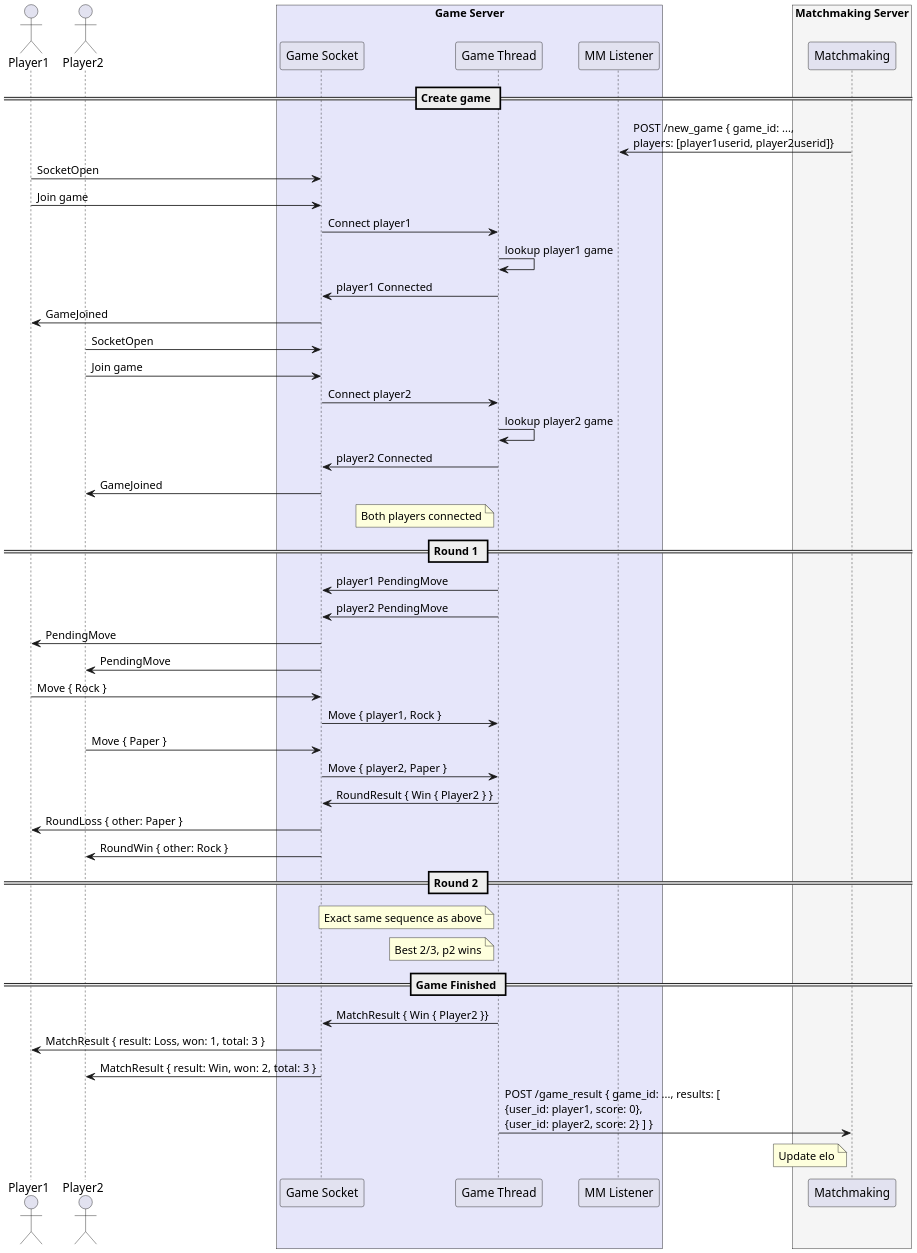
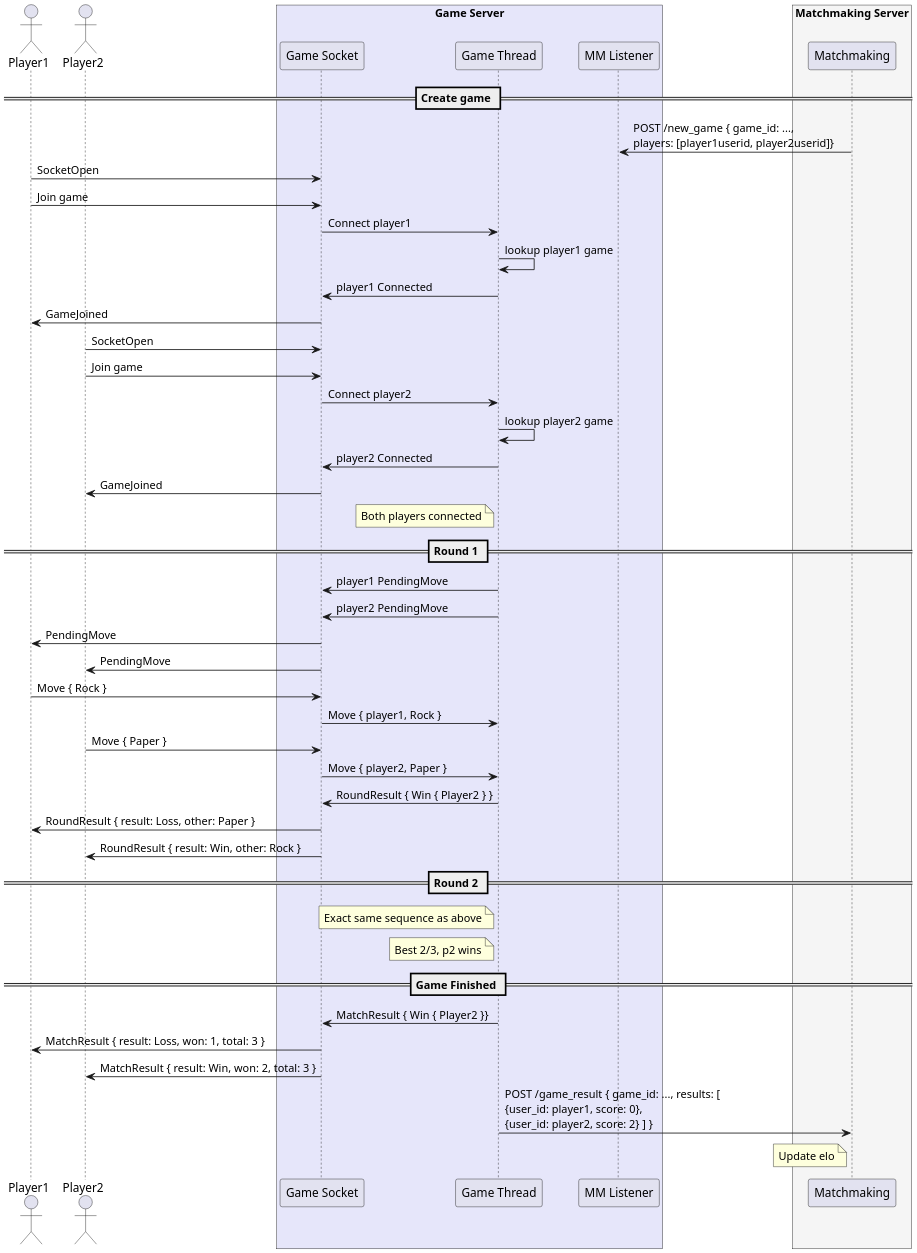
One commit to jonathancyu/websocket-game-server changed the diagram in docs/game_sequence.puml. Above: the diagram before and after it, drawn with PlantUML. The commit also changed 3 other files, not shown here.

Commit message:
test: added round win to test case

```diff
--- a/docs/game_sequence.puml
+++ b/docs/game_sequence.puml
@@ -1,59 +1,59 @@
 @startuml
 scale 2
 actor "Player1" as p1
 actor "Player2" as p2
 box "Game Server" #Lavender
     participant "Game Socket" as socket
     participant "Game Thread" as thread
     participant "MM Listener" as mm_listener
 end box
 box "Matchmaking Server" #WhiteSmoke
     participant "Matchmaking" as mm
 end box
 
 
 == Create game ==
 mm_listener <- mm : POST /new_game { game_id: ..., \nplayers: [player1userid, player2userid]}
 p1 -> socket : SocketOpen
 p1 -> socket : Join game
 socket -> thread : Connect player1
 thread -> thread : lookup player1 game
 socket <- thread : player1 Connected
 p1 <- socket : GameJoined
 
 p2 -> socket : SocketOpen
 p2 -> socket : Join game
 socket -> thread : Connect player2
 thread -> thread : lookup player2 game
 socket <- thread : player2 Connected
 p2 <- socket : GameJoined
 note left thread : Both players connected
 
 == Round 1 ==
 socket <- thread : player1 PendingMove
 socket <- thread : player2 PendingMove
 p1 <- socket : PendingMove
 p2 <- socket : PendingMove
 p1 -> socket : Move { Rock }
 socket -> thread : Move { player1, Rock }
 p2 -> socket : Move { Paper }
 socket -> thread : Move { player2, Paper }
 socket <- thread : RoundResult { Win { Player2 } }
-p1 <- socket : RoundLoss { other: Paper }
-p2 <- socket : RoundWin { other: Rock }
+p1 <- socket : RoundResult { result: Loss, other: Paper }
+p2 <- socket : RoundResult { result: Win, other: Rock }
 
 == Round 2 ==
 note left thread : Exact same sequence as above
 note left thread : Best 2/3, p2 wins
 
 == Game Finished ==
 socket <- thread : MatchResult { Win { Player2 }}
 p1 <- socket : MatchResult { result: Loss, won: 1, total: 3 }
 p2 <- socket : MatchResult { result: Win, won: 2, total: 3 }
 thread -> mm : POST /game_result { game_id: ..., results: [ \n{user_id: player1, score: 0}, \n{user_id: player2, score: 2} ] }
 note left mm : Update elo
 
 
 
 
 @enduml
```
